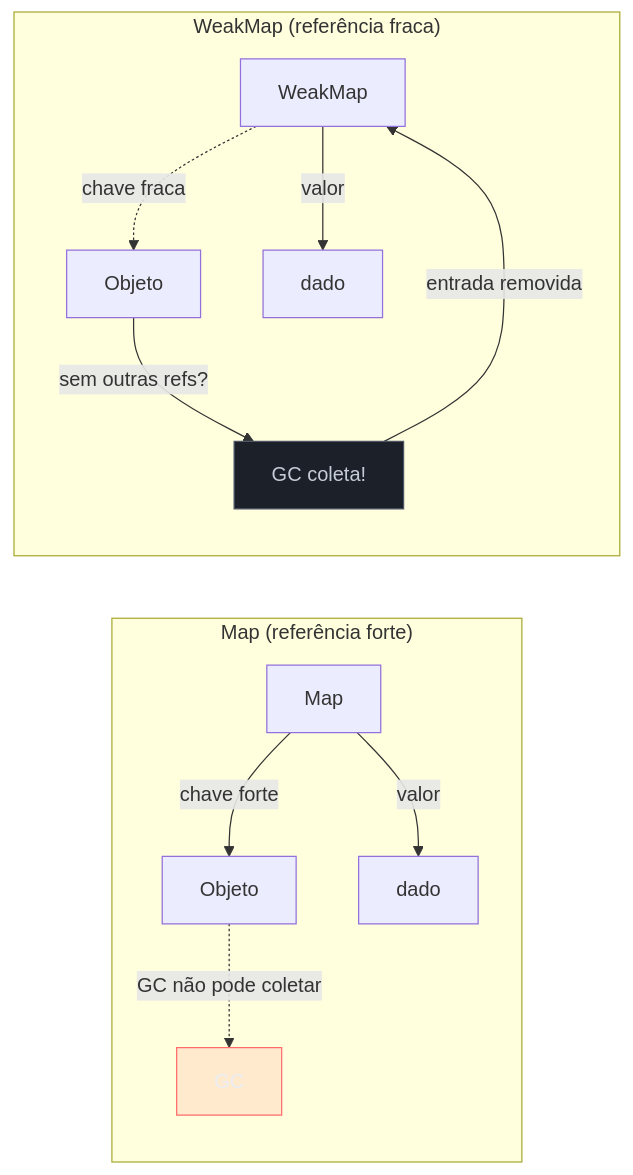
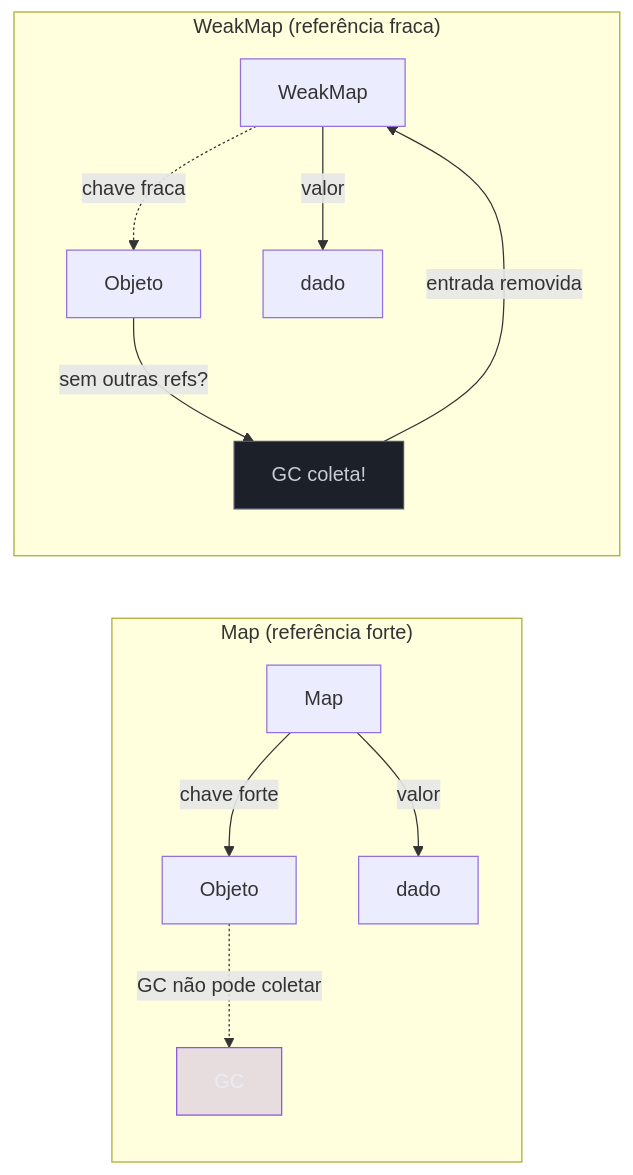
Before and after one commit to josenaldo/codex-technomanticus: the second of 2 diagrams in 03-Dominios/Tecnologia/JavaScript/12 - Map, Set, WeakMap, WeakSet.md, drawn with Mermaid. The commit also changed 601 other files, not shown here.

````diff
--- a/03-Dominios/Tecnologia/JavaScript/12 - Map, Set, WeakMap, WeakSet.md
+++ b/03-Dominios/Tecnologia/JavaScript/12 - Map, Set, WeakMap, WeakSet.md
@@ -236,20 +236,20 @@
 ```mermaid
 graph LR
-    classDef falha fill:#FF6B6B24,stroke:#FF6B6B,color:#E9ECF2
+    classDef marca fill:#8855DF33,stroke:#8855DF,color:#E9ECF2
     classDef neutro fill:#1B2029,stroke:#4E5666,color:#C6CCD8
     subgraph "Map (referência forte)"
         M[Map] -->|chave forte| OBJ1[Objeto]
         M -->|valor| V1[dado]
         OBJ1 -.->|GC não pode coletar| GC1[GC]
     end
 
     subgraph "WeakMap (referência fraca)"
         WM[WeakMap] -.->|chave fraca| OBJ2[Objeto]
         WM -->|valor| V2[dado]
         OBJ2 -->|sem outras refs?| GC2[GC coleta!]
         GC2 -->|entrada removida| WM
     end
 
-    class GC1 falha
+    class GC1 marca
     class GC2 neutro
 ```
````
